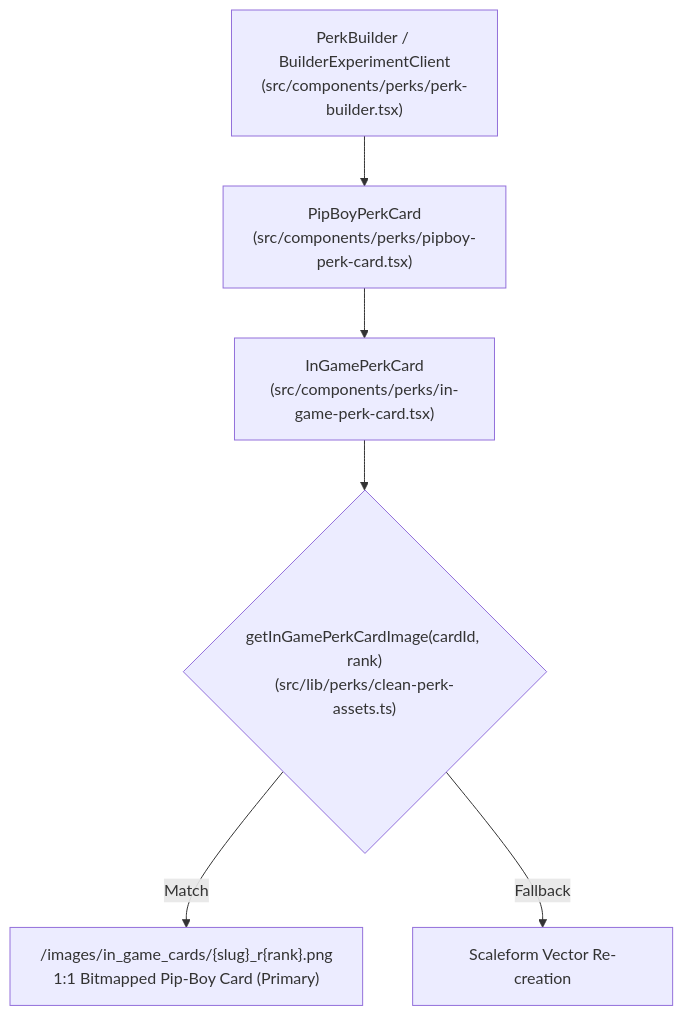
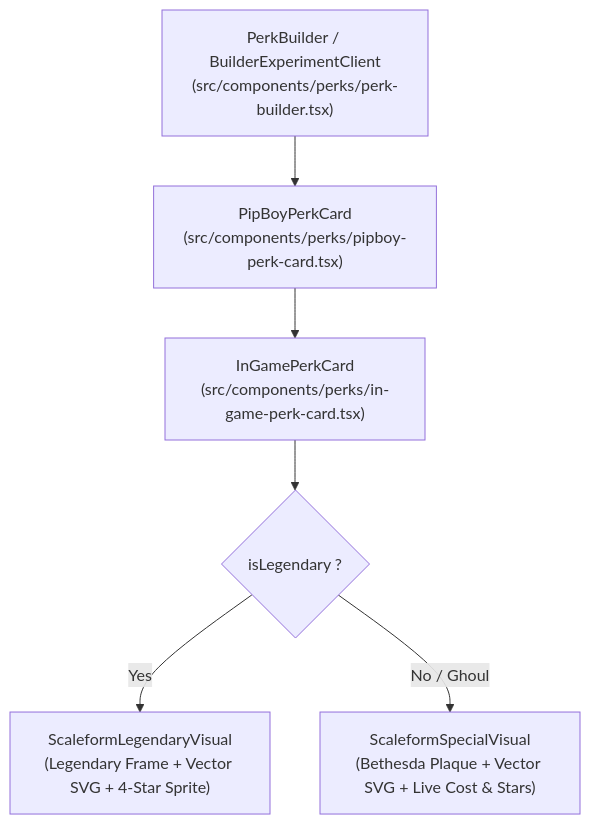
The diagram in docs/AGY_PERK_CARDS_DIRECTIVE.md (nathanw0821/r.o.l.l), drawn with Mermaid before and after one commit. The commit also changed other lines of this file and 1189 other files, not shown here.

Commit message:
feat(perks): converge on Flat Scaleform Vector Architecture and purge legacy raster folders

````diff
--- a/docs/AGY_PERK_CARDS_DIRECTIVE.md
+++ b/docs/AGY_PERK_CARDS_DIRECTIVE.md
@@ -38,8 +48,8 @@
 ```mermaid
 graph TD
     A["PerkBuilder / BuilderExperimentClient<br/>(src/components/perks/perk-builder.tsx)"] --> B["PipBoyPerkCard<br/>(src/components/perks/pipboy-perk-card.tsx)"]
     B --> C["InGamePerkCard<br/>(src/components/perks/in-game-perk-card.tsx)"]
-    C --> D{"getInGamePerkCardImage(cardId, rank)<br/>(src/lib/perks/clean-perk-assets.ts)"}
-    D -->|Match| E["/images/in_game_cards/{slug}_r{rank}.png<br/>1:1 Bitmapped Pip-Boy Card (Primary)"]
-    D -->|Fallback| F["Scaleform Vector Re-creation"]
+    C --> D{"isLegendary ?"}
+    D -->|Yes| E["ScaleformLegendaryVisual<br/>(Legendary Frame + Vector SVG + 4-Star Sprite)"]
+    D -->|No / Ghoul| F["ScaleformSpecialVisual<br/>(Bethesda Plaque + Vector SVG + Live Cost & Stars)"]
 ```
````
